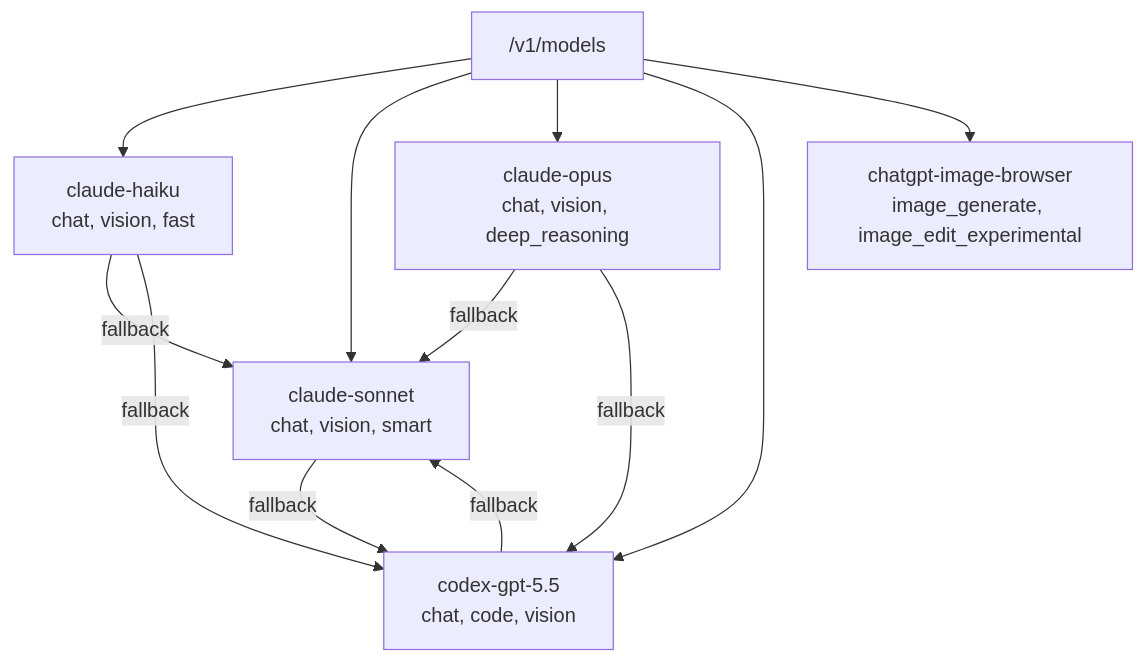
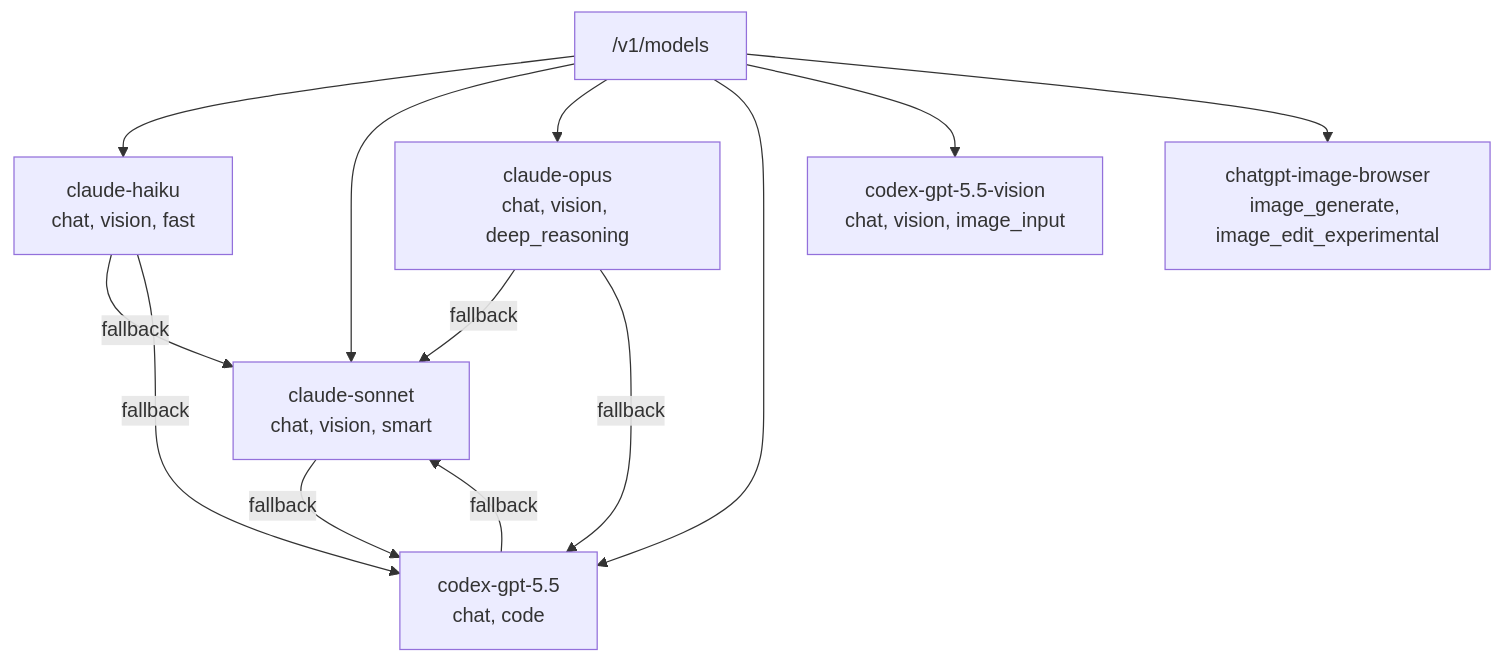
Before and after one commit to rester159/LLMHQ: the third of 3 diagrams in planning/technical-architecture.md, drawn with Mermaid. The commit also changed other lines of this file and 8 other files, not shown here.

````diff
--- a/planning/technical-architecture.md
+++ b/planning/technical-architecture.md
@@ -83,17 +83,18 @@
 ```mermaid
 flowchart TD
   Models["/v1/models"]
 
   Models --> Haiku["claude-haiku\nchat, vision, fast"]
   Models --> Sonnet["claude-sonnet\nchat, vision, smart"]
   Models --> Opus["claude-opus\nchat, vision, deep_reasoning"]
-  Models --> Codex["codex-gpt-5.5\nchat, code, vision"]
+  Models --> Codex["codex-gpt-5.5\nchat, code"]
+  Models --> CodexVision["codex-gpt-5.5-vision\nchat, vision, image_input"]
   Models --> Image["chatgpt-image-browser\nimage_generate, image_edit_experimental"]
 
   Haiku -->|"fallback"| Sonnet
   Haiku -->|"fallback"| Codex
   Sonnet -->|"fallback"| Codex
   Opus -->|"fallback"| Sonnet
   Opus -->|"fallback"| Codex
   Codex -->|"fallback"| Sonnet
 ```
````
